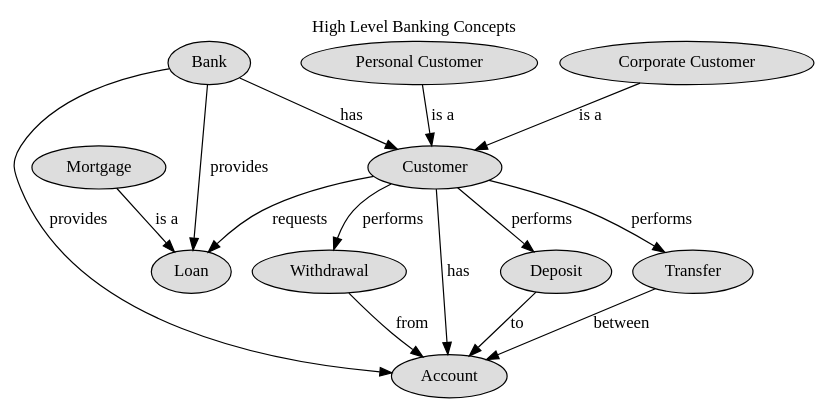
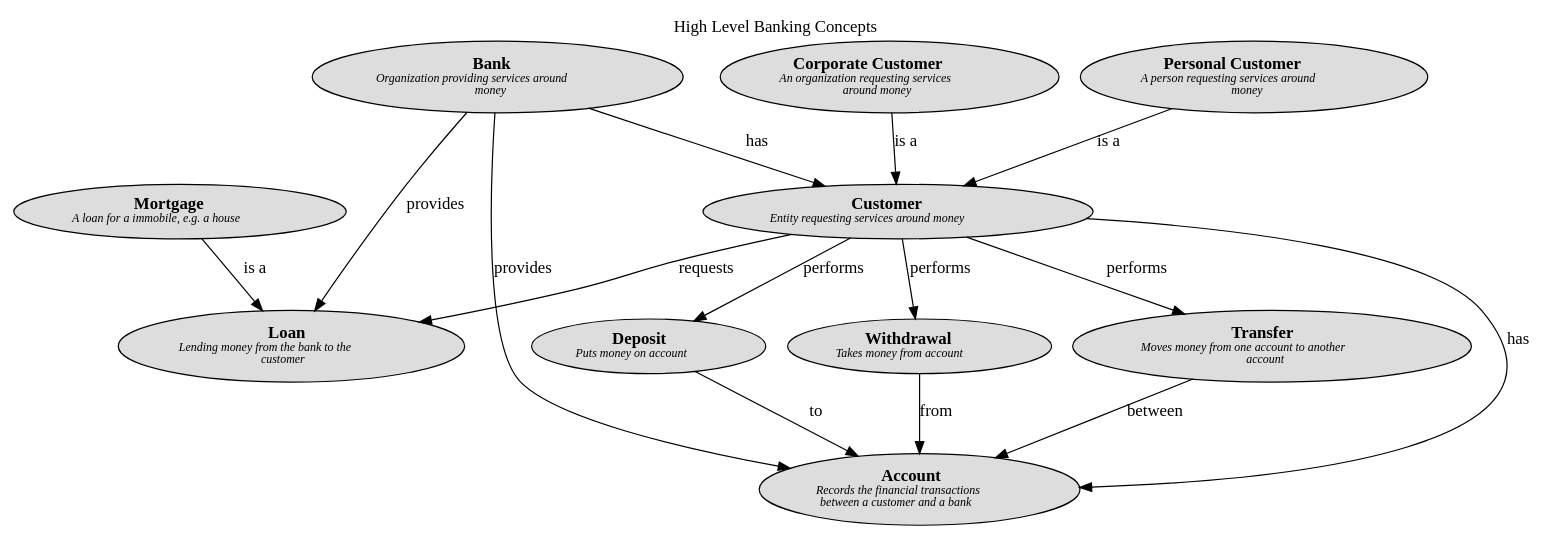
One commit to soulspace-org/my-bank-model changed the diagram in docs/mybank/concepts/concept-view.dot. Above: the diagram before and after it, drawn with Graphviz. The commit also changed 32 other files, not shown here.

Commit message:
updated model and views

```diff
--- a/docs/mybank/concepts/concept-view.dot
+++ b/docs/mybank/concepts/concept-view.dot
@@ -1,30 +1,34 @@
 digraph "High Level Banking Concepts" {
-labelloc= "t"
-label="High Level Banking Concepts"
+  labelloc= "t"
+  label="High Level Banking Concepts"
 
+  layout=dot
+mybank_concepts__mortgage [shape=ellipse style=filled fillcolor="#dddddd" label=<<B>Mortgage</B><BR/><FONT POINT-SIZE="10"><I>A loan for a immobile, e.g. a house </I></FONT>>]
+mybank_concepts__transfer [shape=ellipse style=filled fillcolor="#dddddd" label=<<B>Transfer</B><BR/><FONT POINT-SIZE="10"><I>Moves money from one account to another<BR/>account </I></FONT>>]
+mybank_concepts__personal_customer [shape=ellipse style=filled fillcolor="#dddddd" label=<<B>Personal Customer</B><BR/><FONT POINT-SIZE="10"><I>A person requesting services around<BR/>money </I></FONT>>]
+mybank_concepts__account [shape=ellipse style=filled fillcolor="#dddddd" label=<<B>Account</B><BR/><FONT POINT-SIZE="10"><I>Records the financial transactions<BR/>between a customer and a bank </I></FONT>>]
+mybank_concepts__bank [shape=ellipse style=filled fillcolor="#dddddd" label=<<B>Bank</B><BR/><FONT POINT-SIZE="10"><I>Organization providing services around<BR/>money </I></FONT>>]
+mybank_concepts__customer [shape=ellipse style=filled fillcolor="#dddddd" label=<<B>Customer</B><BR/><FONT POINT-SIZE="10"><I>Entity requesting services around money </I></FONT>>]
+mybank_concepts__deposit [shape=ellipse style=filled fillcolor="#dddddd" label=<<B>Deposit</B><BR/><FONT POINT-SIZE="10"><I>Puts money on account </I></FONT>>]
+mybank_concepts__corporate_customer [shape=ellipse style=filled fillcolor="#dddddd" label=<<B>Corporate Customer</B><BR/><FONT POINT-SIZE="10"><I>An organization requesting services<BR/>around money </I></FONT>>]
+mybank_concepts__withdrawal [shape=ellipse style=filled fillcolor="#dddddd" label=<<B>Withdrawal</B><BR/><FONT POINT-SIZE="10"><I>Takes money from account </I></FONT>>]
+mybank_concepts__loan [shape=ellipse style=filled fillcolor="#dddddd" label=<<B>Loan</B><BR/><FONT POINT-SIZE="10"><I>Lending money from the bank to the<BR/>customer </I></FONT>>]
+ 
+mybank_concepts__customer -> mybank_concepts__transfer [label=<performs<BR/><FONT POINT-SIZE="10"><I> </I></FONT>>]
+mybank_concepts__transfer -> mybank_concepts__account [label=<between<BR/><FONT POINT-SIZE="10"><I> </I></FONT>>]
+mybank_concepts__customer -> mybank_concepts__account [label=<has<BR/><FONT POINT-SIZE="10"><I> </I></FONT>>]
+mybank_concepts__customer -> mybank_concepts__deposit [label=<performs<BR/><FONT POINT-SIZE="10"><I> </I></FONT>>]
+mybank_concepts__corporate_customer -> mybank_concepts__customer [label=<is a<BR/><FONT POINT-SIZE="10"><I> </I></FONT>>]
+mybank_concepts__personal_customer -> mybank_concepts__customer [label=<is a<BR/><FONT POINT-SIZE="10"><I> </I></FONT>>]
+mybank_concepts__mortgage -> mybank_concepts__loan [label=<is a<BR/><FONT POINT-SIZE="10"><I> </I></FONT>>]
+mybank_concepts__withdrawal -> mybank_concepts__account [label=<from<BR/><FONT POINT-SIZE="10"><I> </I></FONT>>]
+mybank_concepts__deposit -> mybank_concepts__account [label=<to<BR/><FONT POINT-SIZE="10"><I> </I></FONT>>]
+mybank_concepts__bank -> mybank_concepts__customer [label=<has<BR/><FONT POINT-SIZE="10"><I> </I></FONT>>]
+mybank_concepts__customer -> mybank_concepts__withdrawal [label=<performs<BR/><FONT POINT-SIZE="10"><I> </I></FONT>>]
+mybank_concepts__bank -> mybank_concepts__account [label=<provides<BR/><FONT POINT-SIZE="10"><I> </I></FONT>>]
+mybank_concepts__customer -> mybank_concepts__loan [label=<requests<BR/><FONT POINT-SIZE="10"><I> </I></FONT>>]
+mybank_concepts__bank -> mybank_concepts__loan [label=<provides<BR/><FONT POINT-SIZE="10"><I> </I></FONT>>]
+ 
+}
 
-mybank_concepts_account[label="Account", style="filled", fillcolor="#dddddd"];
-mybank_concepts_bank[label="Bank", style="filled", fillcolor="#dddddd"];
-mybank_concepts_corporateCustomer[label="Corporate Customer", style="filled", fillcolor="#dddddd"];
-mybank_concepts_customer[label="Customer", style="filled", fillcolor="#dddddd"];
-mybank_concepts_deposit[label="Deposit", style="filled", fillcolor="#dddddd"];
-mybank_concepts_loan[label="Loan", style="filled", fillcolor="#dddddd"];
-mybank_concepts_mortgage[label="Mortgage", style="filled", fillcolor="#dddddd"];
-mybank_concepts_personalCustomer[label="Personal Customer", style="filled", fillcolor="#dddddd"];
-mybank_concepts_transfer[label="Transfer", style="filled", fillcolor="#dddddd"];
-mybank_concepts_withdrawal[label="Withdrawal", style="filled", fillcolor="#dddddd"];
-mybank_concepts_bank -> mybank_concepts_account [label="provides"];
-mybank_concepts_bank -> mybank_concepts_customer [label="has"];
-mybank_concepts_bank -> mybank_concepts_loan [label="provides"];
-mybank_concepts_corporateCustomer -> mybank_concepts_customer [label="is a"];
-mybank_concepts_customer -> mybank_concepts_account [label="has"];
-mybank_concepts_customer -> mybank_concepts_deposit [label="performs"];
-mybank_concepts_customer -> mybank_concepts_transfer [label="performs"];
-mybank_concepts_customer -> mybank_concepts_withdrawal [label="performs"];
-mybank_concepts_customer -> mybank_concepts_loan [label="requests"];
-mybank_concepts_deposit -> mybank_concepts_account [label="to"];
-mybank_concepts_mortgage -> mybank_concepts_loan [label="is a"];
-mybank_concepts_personalCustomer -> mybank_concepts_customer [label="is a"];
-mybank_concepts_transfer -> mybank_concepts_account [label="between"];
-mybank_concepts_withdrawal -> mybank_concepts_account [label="from"];
-}
+// (generated by Overarch with template views/model-view.dot.cmb)
```
